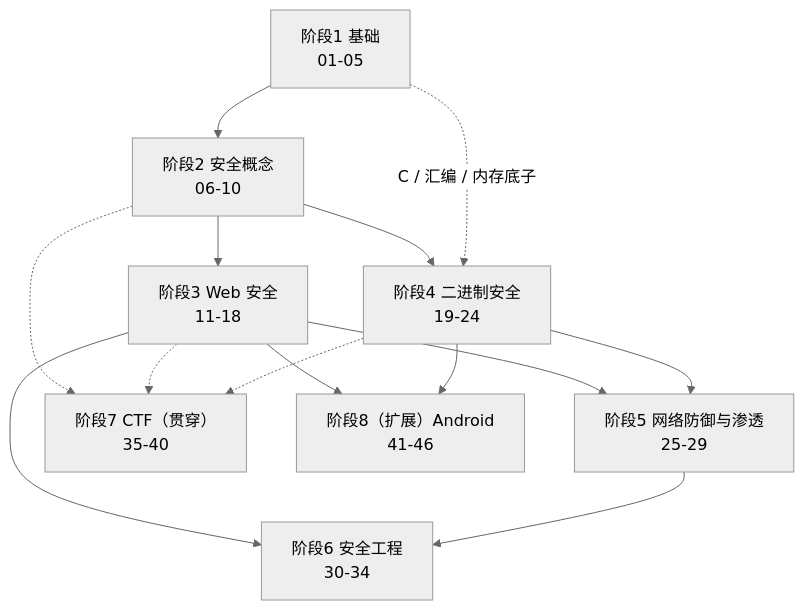
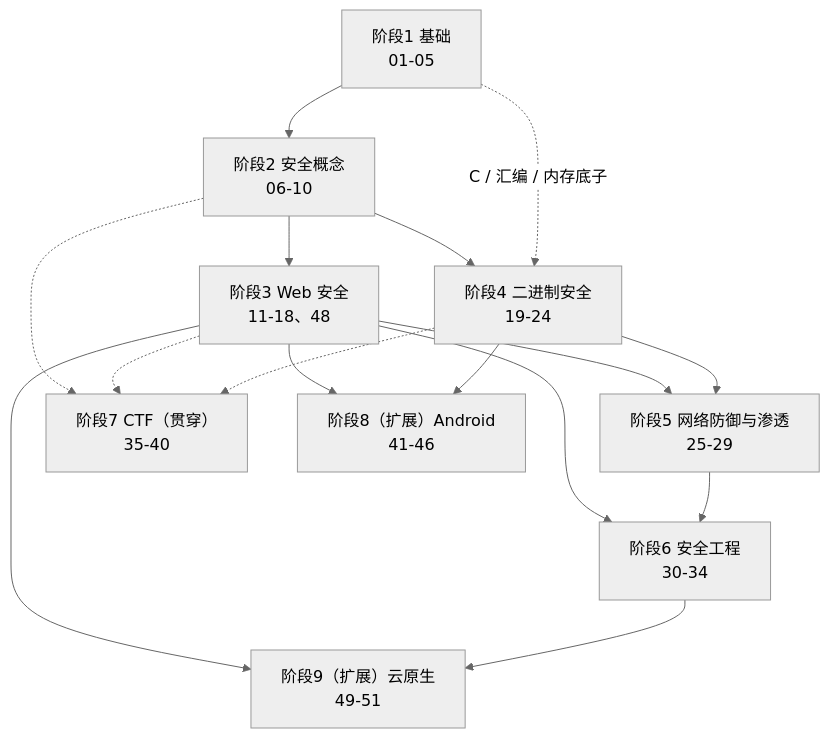
The diagram in security/docs/index.md (yidafu/tech-learning), drawn with Mermaid (neutral theme) before and after one commit. The commit also changed other lines of this file and 20 other files, not shown here.

````diff
--- a/security/docs/index.md
+++ b/security/docs/index.md
@@ -128,16 +140,18 @@
 ```mermaid
 graph TD
     S1["阶段1 基础<br/>01-05"] --> S2["阶段2 安全概念<br/>06-10"]
-    S2 --> S3["阶段3 Web 安全<br/>11-18"]
+    S2 --> S3["阶段3 Web 安全<br/>11-18、48"]
     S2 --> S4["阶段4 二进制安全<br/>19-24"]
     S1 -. "C / 汇编 / 内存底子" .-> S4
     S3 --> S5["阶段5 网络防御与渗透<br/>25-29"]
     S4 --> S5
     S3 --> S6["阶段6 安全工程<br/>30-34"]
     S5 --> S6
     S2 -.-> S7["阶段7 CTF（贯穿）<br/>35-40"]
     S3 -.-> S7
     S4 -.-> S7
     S3 --> S8["阶段8（扩展）Android<br/>41-46"]
     S4 --> S8
+    S3 --> S9["阶段9（扩展）云原生<br/>49-51"]
+    S6 --> S9
 ```
````
